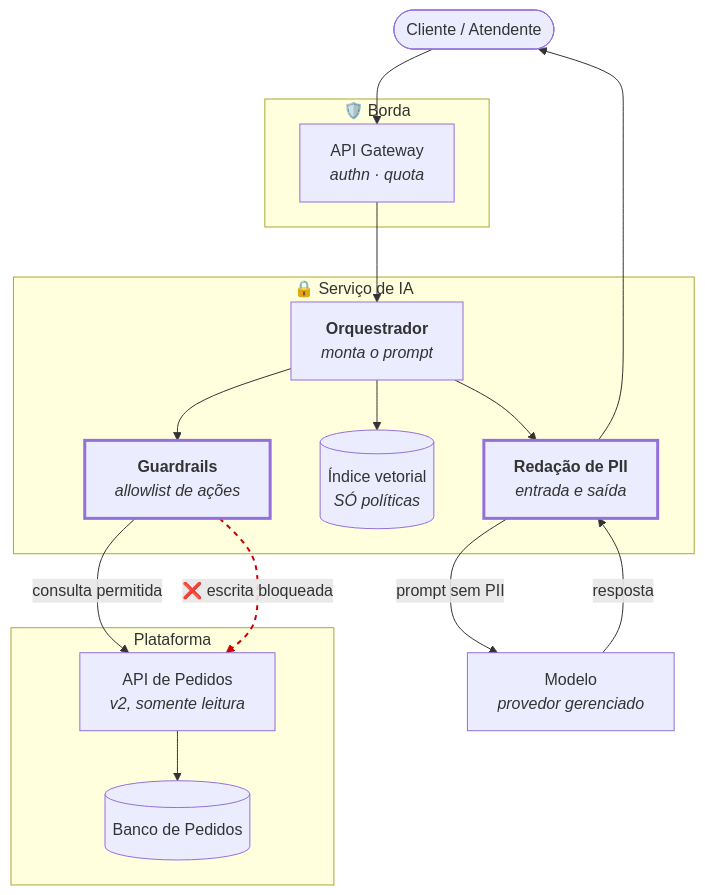
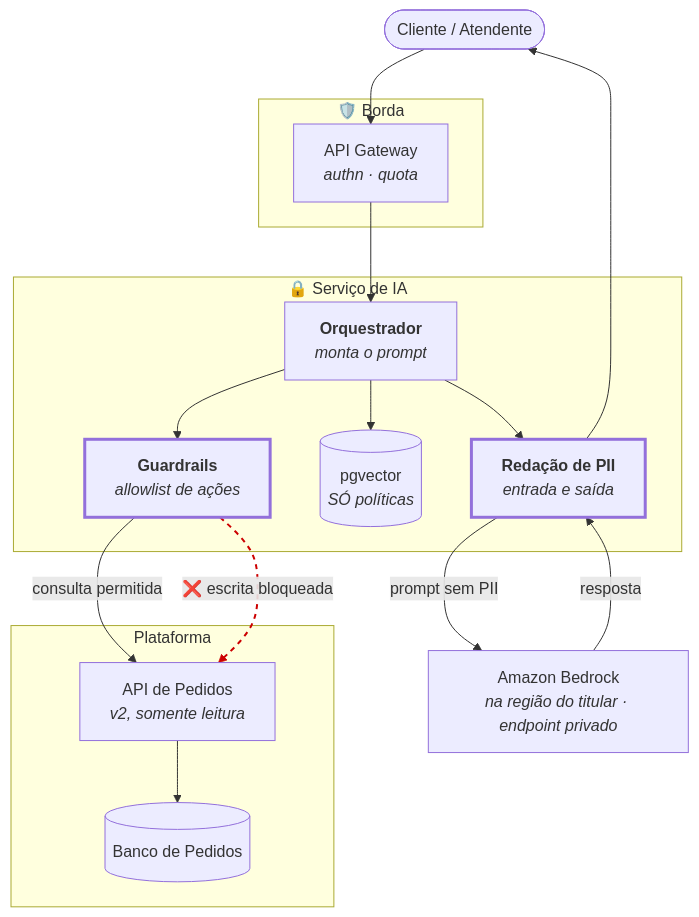
The diagram in docs/ai-context/arquitetura-ia.md (fmoreira1990/solution_architect), drawn with Mermaid before and after one commit. The commit also changed other lines of this file and 13 other files, not shown here.

````diff
--- a/docs/ai-context/arquitetura-ia.md
+++ b/docs/ai-context/arquitetura-ia.md
@@ -50,38 +50,38 @@
 ```mermaid
 flowchart TB
     cliente(["Cliente / Atendente"])
 
     subgraph borda["🛡️ Borda"]
         gw["API Gateway<br/><i>authn · quota</i>"]
     end
 
     subgraph ia["🔒 Serviço de IA"]
         orq["<b>Orquestrador</b><br/><i>monta o prompt</i>"]
         red["<b>Redação de PII</b><br/><i>entrada e saída</i>"]
         guard["<b>Guardrails</b><br/><i>allowlist de ações</i>"]
-        idx[("Índice vetorial<br/><i>SÓ políticas</i>")]
+        idx[("pgvector<br/><i>SÓ políticas</i>")]
     end
 
-    modelo["Modelo<br/><i>provedor gerenciado</i>"]
+    modelo["Amazon Bedrock<br/><i>na região do titular · endpoint privado</i>"]
 
     subgraph plataforma["Plataforma"]
         api["API de Pedidos<br/><i>v2, somente leitura</i>"]
         db[("Banco de Pedidos")]
     end
 
     cliente --> gw --> orq
     orq --> guard
     guard -->|"consulta permitida"| api
     api --> db
     orq --> idx
     orq --> red
     red -->|"prompt sem PII"| modelo
     modelo -->|"resposta"| red
     red --> cliente
 
     guard -.->|"❌ escrita bloqueada"| api
 
     style guard stroke-width:3px
     style red stroke-width:3px
     linkStyle 10 stroke:#c00,stroke-width:2px,stroke-dasharray: 5 5
 ```
````
